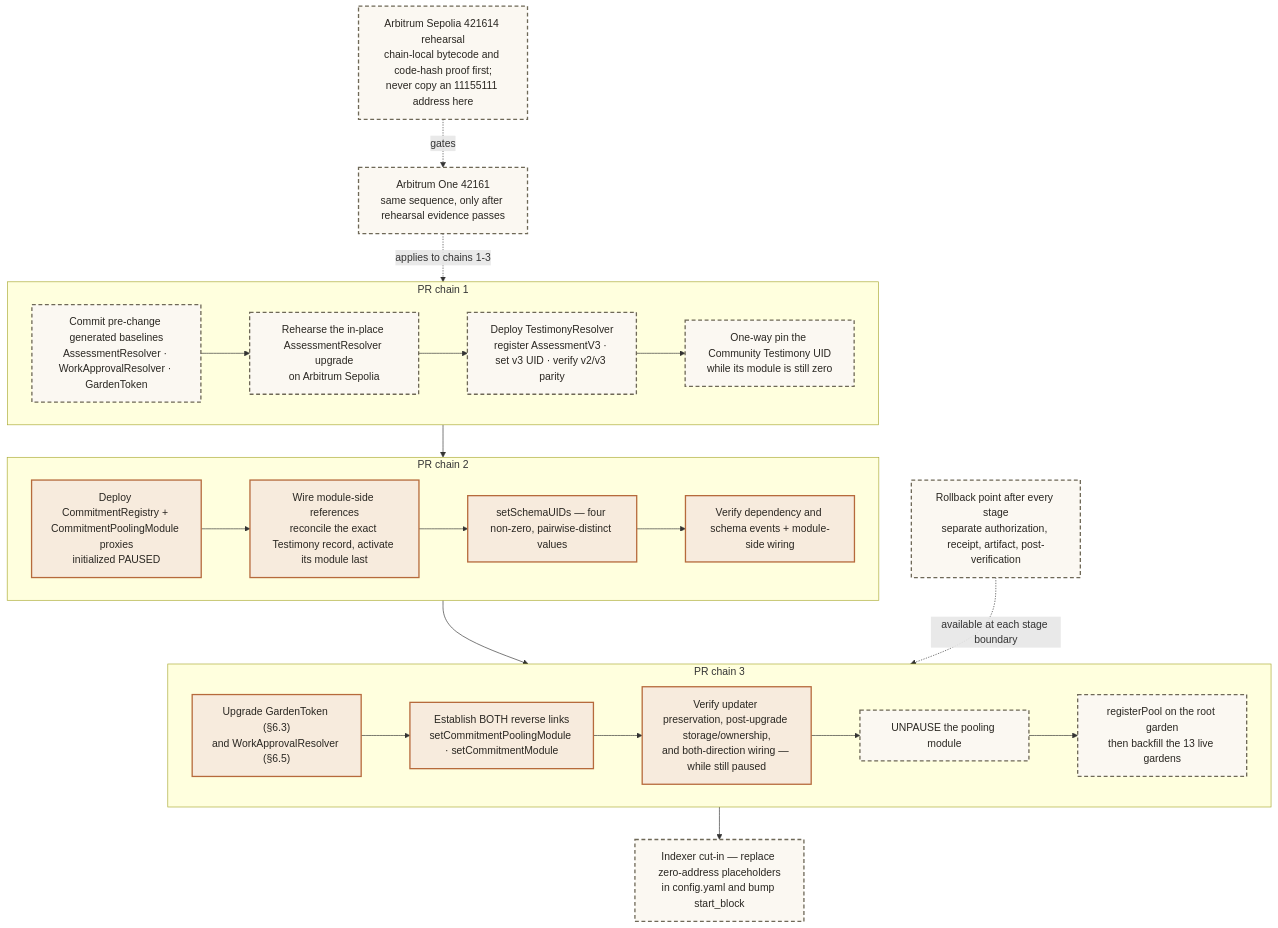
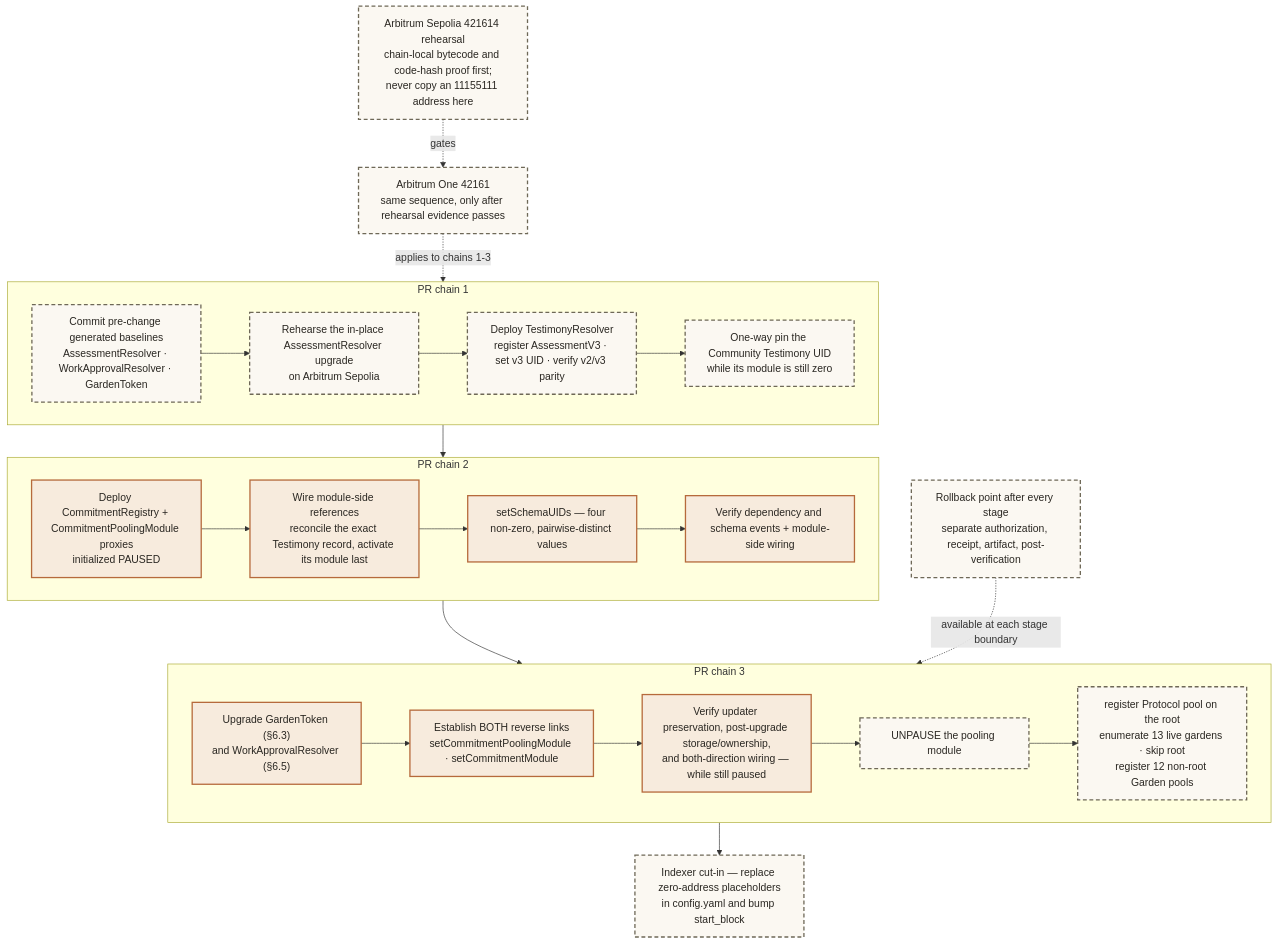
Diagram 38 of 40 in .plans/active/commitment-pooling/diagrams.md (greenpill-dev-guild/green-goods), drawn with Mermaid before and after one commit. The commit also changed 11 other files, not shown here.

````diff
--- a/.plans/active/commitment-pooling/diagrams.md
+++ b/.plans/active/commitment-pooling/diagrams.md
@@ -2074,44 +2074,44 @@
 ```mermaid
 flowchart TB
   subgraph C1["PR chain 1"]
     A1["Commit pre-change generated baselines<br/>AssessmentResolver · WorkApprovalResolver · GardenToken"]
     A2["Rehearse the in-place AssessmentResolver upgrade<br/>on Arbitrum Sepolia"]
     A3["Deploy TestimonyResolver<br/>register AssessmentV3 · set v3 UID · verify v2/v3 parity"]
     A4["One-way pin the Community Testimony UID<br/>while its module is still zero"]
     A1 --> A2 --> A3 --> A4
   end
 
   subgraph C2["PR chain 2"]
     B1["Deploy CommitmentRegistry + CommitmentPoolingModule proxies<br/>initialized PAUSED"]
     B2["Wire module-side references<br/>reconcile the exact Testimony record, activate its module last"]
     B3["setSchemaUIDs — four non-zero, pairwise-distinct values"]
     B4["Verify dependency and schema events + module-side wiring"]
     B1 --> B2 --> B3 --> B4
   end
 
   subgraph C3["PR chain 3"]
     D1["Upgrade GardenToken (§6.3)<br/>and WorkApprovalResolver (§6.5)"]
     D5["Establish BOTH reverse links<br/>setCommitmentPoolingModule · setCommitmentModule"]
     D6["Verify updater preservation, post-upgrade storage/ownership,<br/>and both-direction wiring — while still paused"]
     D8["UNPAUSE the pooling module"]
-    D9["registerPool on the root garden<br/>then backfill the 13 live gardens"]
+    D9["register Protocol pool on the root<br/>enumerate 13 live gardens · skip root<br/>register 12 non-root Garden pools"]
     D1 --> D5 --> D6 --> D8 --> D9
   end
 
   C4["Indexer cut-in — replace zero-address placeholders<br/>in config.yaml and bump start_block"]
 
   REHEARSE["Arbitrum Sepolia 421614 rehearsal<br/>chain-local bytecode and code-hash proof first;<br/>never copy an 11155111 address here"]
   MAINNET["Arbitrum One 42161<br/>same sequence, only after rehearsal evidence passes"]
   ROLLBACK["Rollback point after every stage<br/>separate authorization, receipt, artifact, post-verification"]
 
   C1 --> C2 --> C3 --> C4
   REHEARSE -.->|"gates"| MAINNET
   MAINNET -.->|"applies to chains 1-3"| C1
   ROLLBACK -.->|"available at each stage boundary"| C3
 
   classDef planned fill:#fbf8f2,stroke:#6e6857,stroke-width:2px,stroke-dasharray:6 4,color:#2a2722
   classDef paused fill:#f7ebdd,stroke:#b66a3c,stroke-width:2px,color:#2a2722
   class A1,A2,A3,A4,C4,REHEARSE,MAINNET,ROLLBACK planned
   class B1,B2,B3,B4,D1,D5,D6 paused
   class D8,D9 planned
 ```
````
